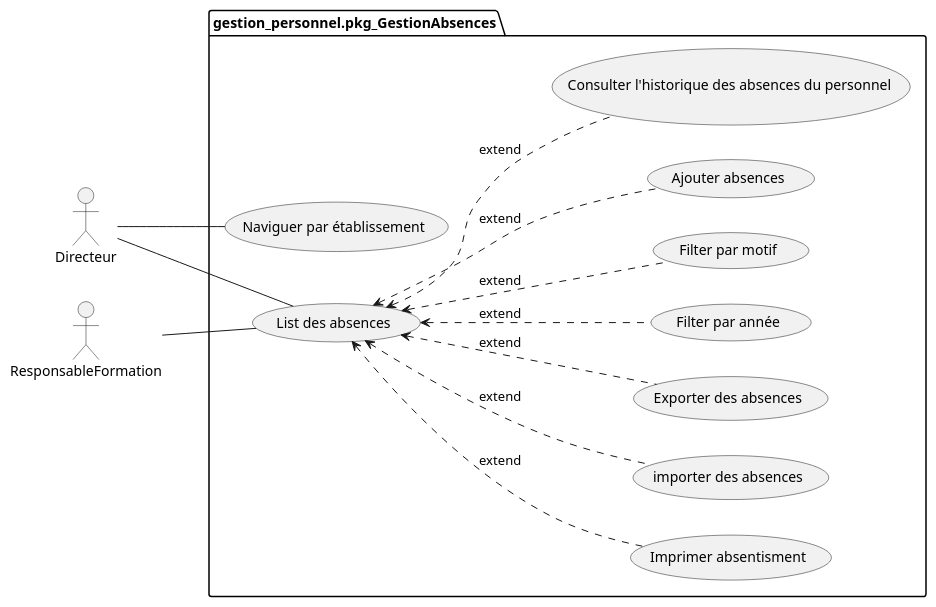
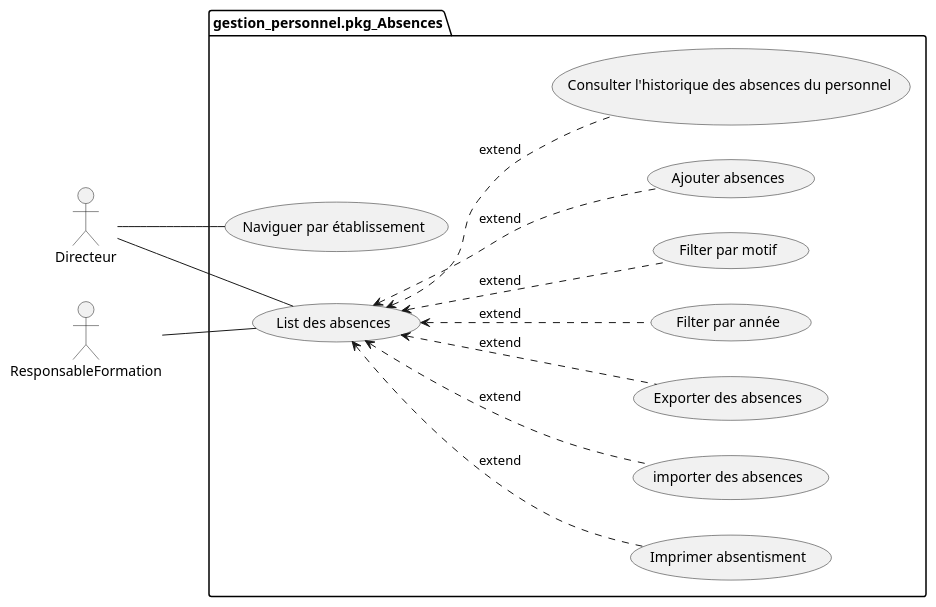
Before and after one commit to hamidAchaou/gestion-personnels: the diagram in modélisation/pkg_GestionAbsences/uses_cases_pkg_gestion_absences.puml, drawn with PlantUML. The commit also changed 31 other files, not shown here.

```diff
--- a/modélisation/pkg_GestionAbsences/uses_cases_pkg_gestion_absences.puml
+++ b/modélisation/pkg_GestionAbsences/uses_cases_pkg_gestion_absences.puml
@@ -1,25 +1,25 @@
 @startuml  
 
 left to right direction
 
 
 actor Directeur as directeur
 actor ResponsableFormation as responsableFormation
 
-package gestion_personnel.pkg_GestionAbsences {
+package gestion_personnel.pkg_Absences {
 
   directeur -- (Naviguer par établissement)
   directeur -- (List des absences)
   (List des absences)  <.. (Imprimer absentisment) : extend
   (List des absences)  <.. (importer des absences) : extend
   (List des absences)  <.. (Exporter des absences) : extend
   (List des absences)  <.. (Filter par année) : extend
   (List des absences)  <.. (Filter par motif) : extend
   (List des absences)  <.. (Ajouter absences) : extend
   (List des absences)  <.. (Consulter l'historique des absences du personnel ) : extend
 
   responsableFormation -- (List des absences)
   
 }  
 
 @enduml
```
